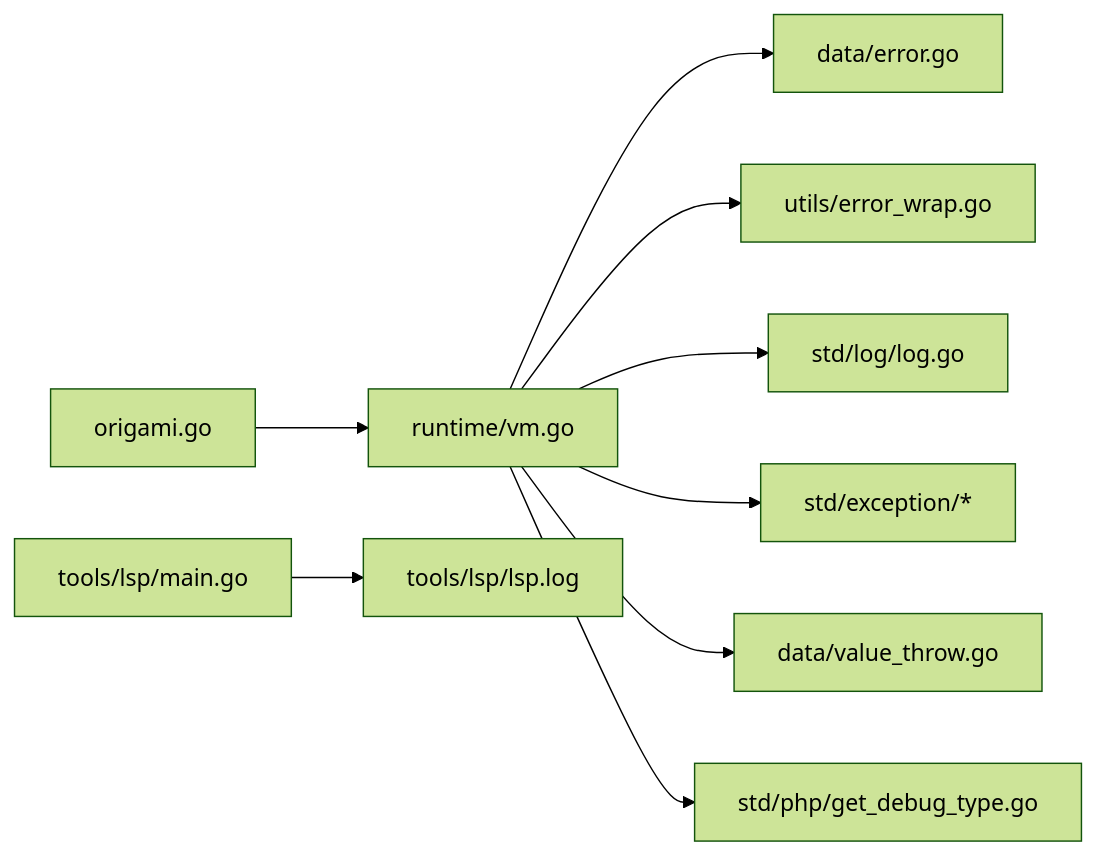
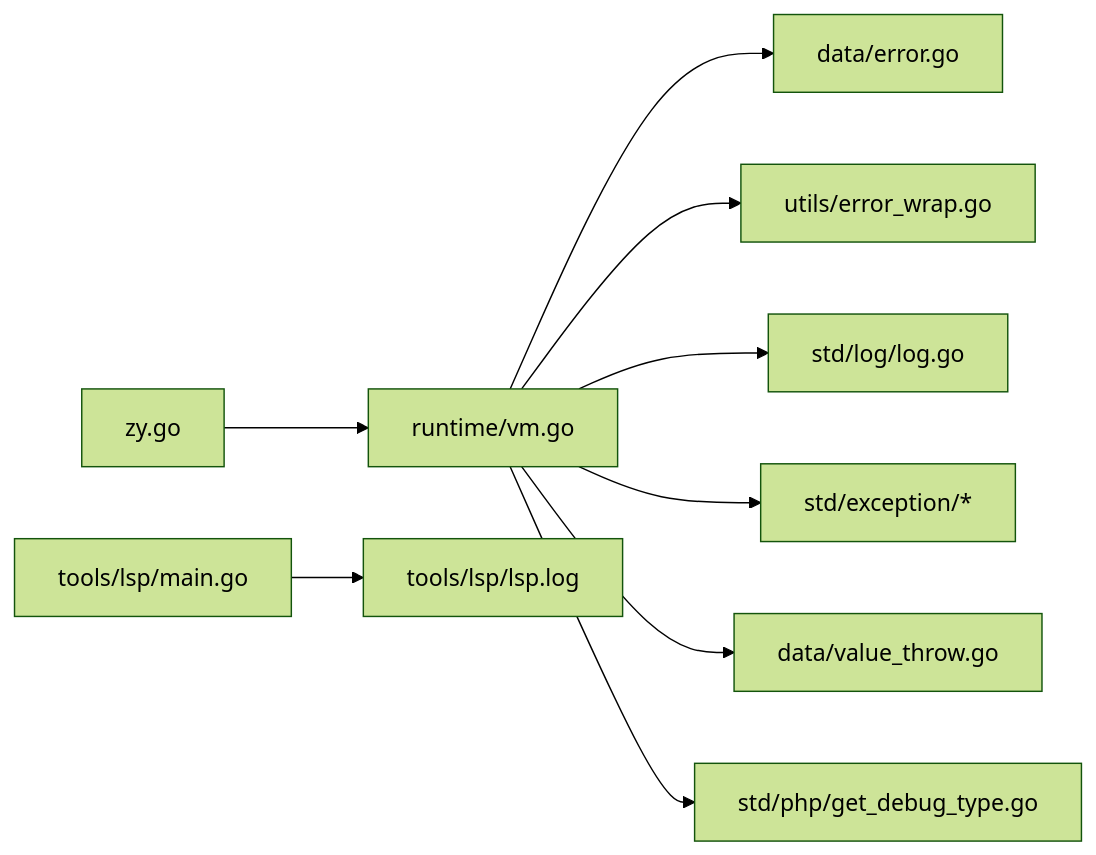
Before and after one commit to php-any/origami: the seventh of 7 diagrams in .qoder/repowiki/zh/content/故障排除.md, drawn with Mermaid (forest theme). The commit also changed other lines of this file and 21 other files, not shown here.

````diff
--- a/.qoder/repowiki/zh/content/故障排除.md
+++ b/.qoder/repowiki/zh/content/故障排除.md
@@ -270,11 +270,11 @@
 ```mermaid
 graph LR
-Orig["origami.go"] --> VM["runtime/vm.go"]
+Orig["zy.go"] --> VM["runtime/vm.go"]
 VM --> Err["data/error.go"]
 VM --> Wrap["utils/error_wrap.go"]
 VM --> Log["std/log/log.go"]
 VM --> Ex["std/exception/*"]
 VM --> Throw["data/value_throw.go"]
 VM --> GT["std/php/get_debug_type.go"]
 LSP["tools/lsp/main.go"] --> LogL["tools/lsp/lsp.log"]
 ```
````
